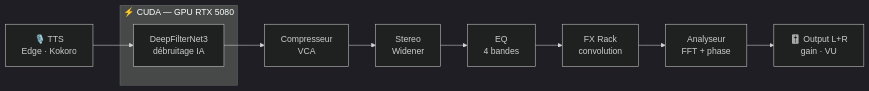
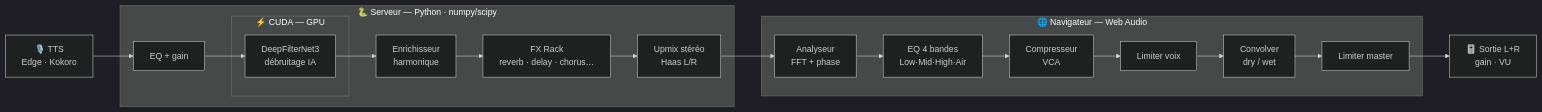
Before and after one commit to 0xCyberLiTech/JARVIS: the first of 3 diagrams in README.md, drawn with Mermaid (dark theme). The commit also changed other lines of this file and 2 other files, not shown here.

````diff
--- a/README.md
+++ b/README.md
@@ -151,8 +150,16 @@
 ```mermaid
 flowchart LR
-    TTS["🎙️ TTS<br/>Edge · Kokoro"] --> DFN
-    subgraph CUDA["⚡ CUDA — GPU RTX 5080"]
-        DFN["DeepFilterNet3<br/>débruitage IA"]
+    TTS["🎙️ TTS<br/>Edge · Kokoro"] --> SEQ
+    subgraph SRV["🐍 Serveur — Python · numpy/scipy"]
+        SEQ["EQ + gain"] --> DFN
+        subgraph CUDA["⚡ CUDA — GPU"]
+            DFN["DeepFilterNet3<br/>débruitage IA"]
+        end
+        DFN --> ENR["Enrichisseur<br/>harmonique"] --> SFX["FX Rack<br/>reverb · delay · chorus…"] --> HAAS["Upmix stéréo<br/>Haas L/R"]
     end
-    DFN --> CMP["Compresseur<br/>VCA"] --> STE["Stereo<br/>Widener"] --> EQ["EQ<br/>4 bandes"] --> FX["FX Rack<br/>convolution"] --> AN["Analyseur<br/>FFT + phase"] --> OUT["🎚️ Output L+R<br/>gain · VU"]
+    HAAS --> AN
+    subgraph WA["🌐 Navigateur — Web Audio"]
+        AN["Analyseur<br/>FFT + phase"] --> EQ["EQ 4 bandes<br/>Low·Mid·High·Air"] --> CMP["Compresseur<br/>VCA"] --> LIM["Limiter voix"] --> CONV["Convolver<br/>dry / wet"] --> MST["Limiter master"]
+    end
+    MST --> OUT["🎚️ Sortie L+R<br/>gain · VU"]
 ```
````
